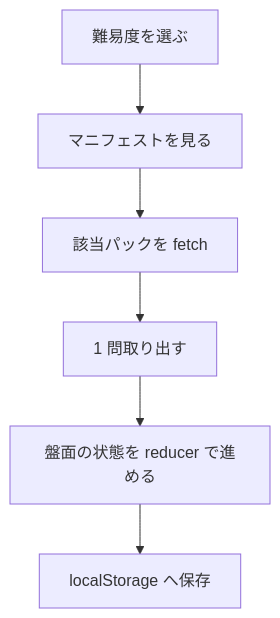
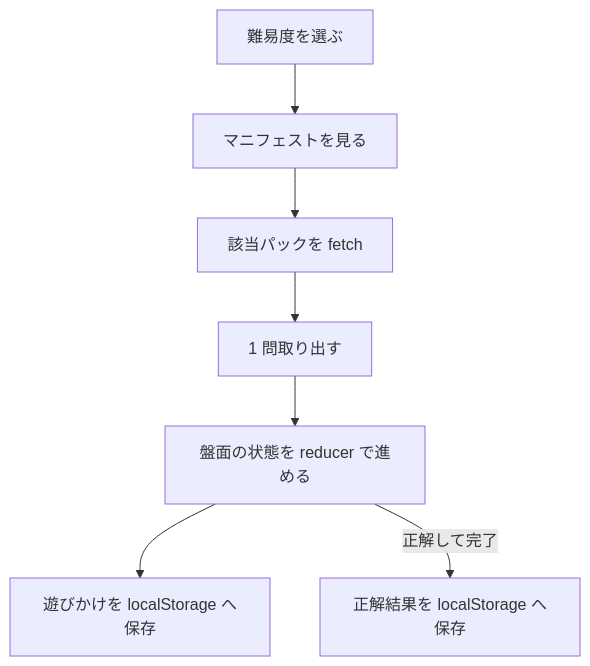
The third of 3 diagrams in docs/architecture/system-architecture.md (lost-chapter/sudoku-web), drawn with Mermaid before and after one commit. The commit also changed other lines of this file and 12 other files, not shown here.

````diff
--- a/docs/architecture/system-architecture.md
+++ b/docs/architecture/system-architecture.md
@@ -88,8 +88,9 @@
 ```mermaid
 flowchart TB
   pick["難易度を選ぶ"] --> manifest["マニフェストを見る"]
   manifest --> fetch["該当パックを fetch"]
   fetch --> one["1 問取り出す"]
   one --> reduce["盤面の状態を reducer で進める"]
-  reduce --> save["localStorage へ保存"]
+  reduce --> progress["遊びかけを localStorage へ保存"]
+  reduce -->|正解して完了| result["正解結果を localStorage へ保存"]
 ```
````
